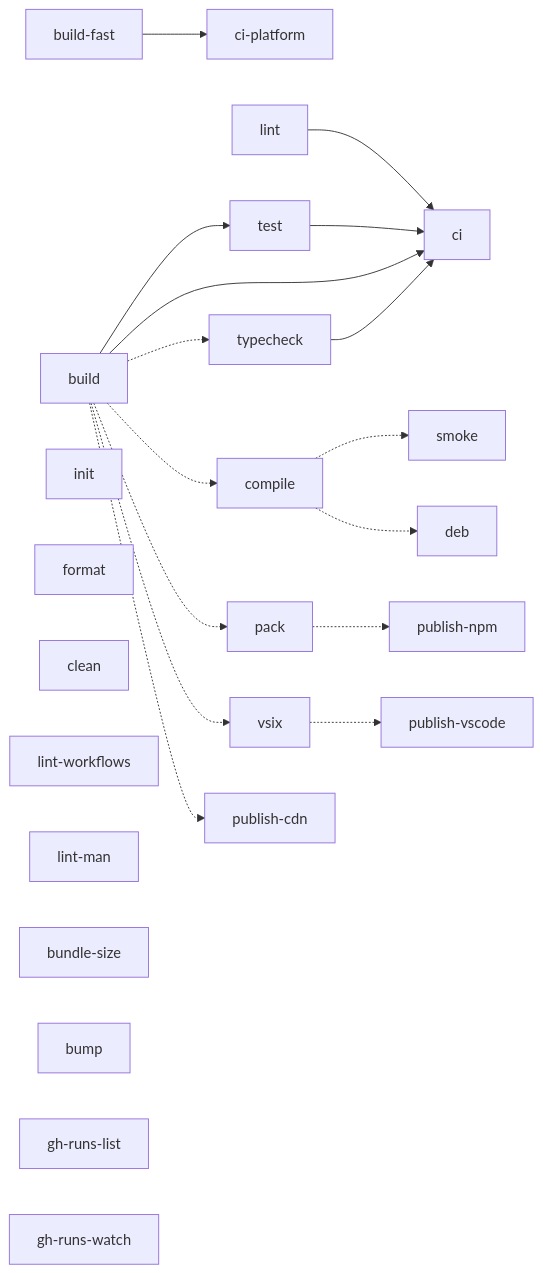
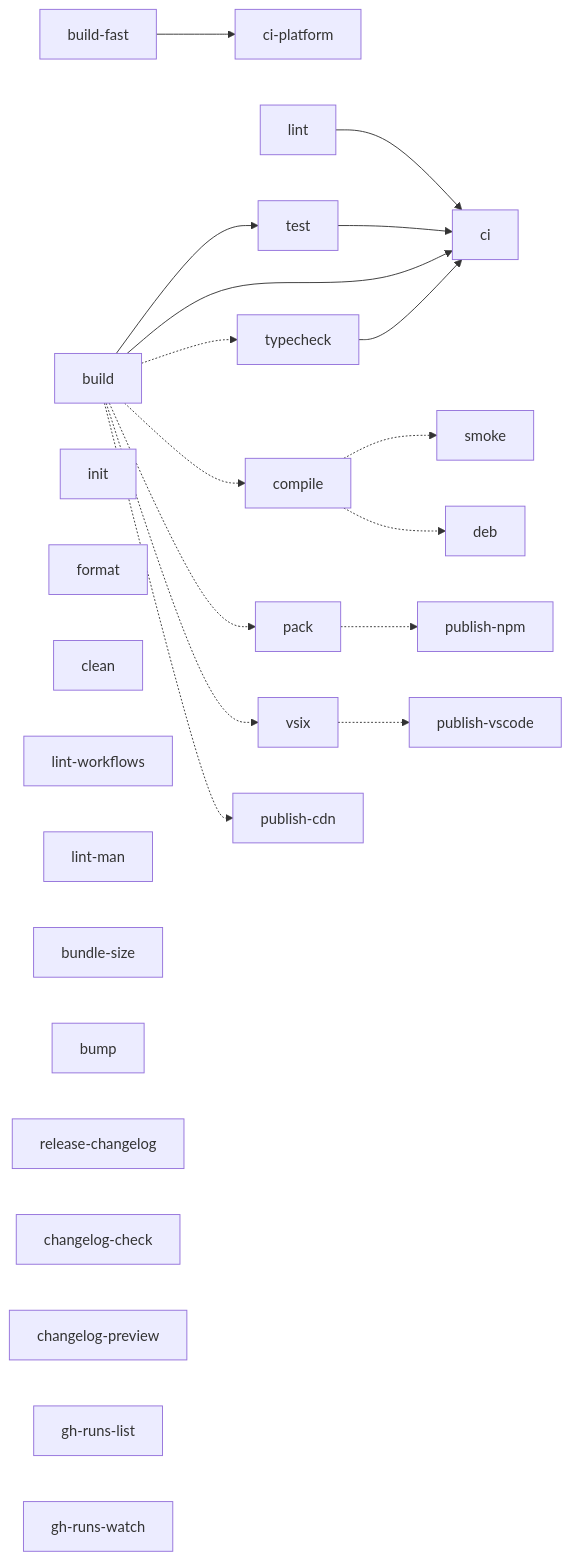
Before and after one commit to lolay/nowline: the diagram in Makefile.md, drawn with Mermaid. The commit also changed other lines of this file and 18 other files, not shown here.

````diff
--- a/Makefile.md
+++ b/Makefile.md
@@ -12,35 +12,38 @@
 ```mermaid
 graph LR
     %% solid = hard prerequisite (make runs the left target first)
     build --> test
     lint --> ci
     build --> ci
     typecheck --> ci
     test --> ci
     build_fast["build-fast"] --> ci_platform["ci-platform"]
 
     %% dotted = consumes the left target's output but is not a hard make
     %% prerequisite: typecheck is ordered after build inside ci instead, and
     %% the release artifacts come from a separate CI job (see "Why publish-*
     %% don't hard-depend on build" below)
     build -.-> typecheck
     build -.-> compile
     compile -.-> smoke
     compile -.-> deb
     build -.-> pack
     build -.-> vsix
     pack -.-> publish_npm["publish-npm"]
     vsix -.-> publish_vscode["publish-vscode"]
     build -.-> publish_cdn["publish-cdn"]
 
     %% standalone
     init
     format
     clean
     lint_workflows["lint-workflows"]
     lint_man["lint-man"]
     bundle_size["bundle-size"]
     bump
+    release_changelog["release-changelog"]
+    changelog_check["changelog-check"]
+    changelog_preview["changelog-preview"]
     gh_runs_list["gh-runs-list"]
     gh_runs_watch["gh-runs-watch"]
 ```
````
